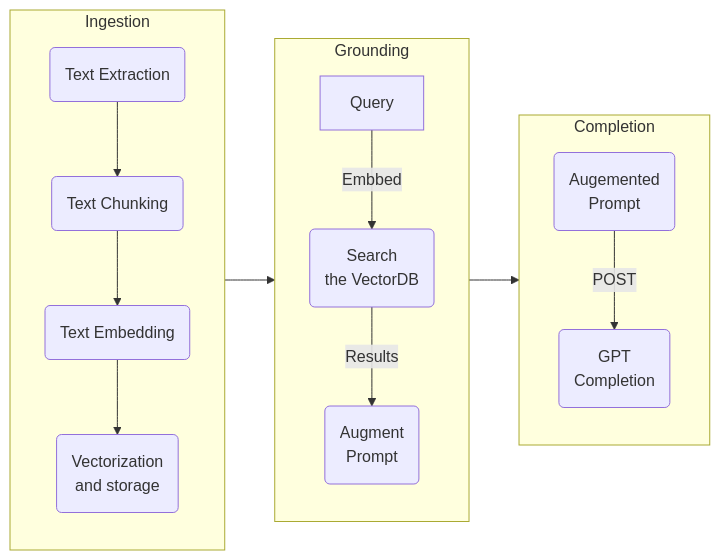
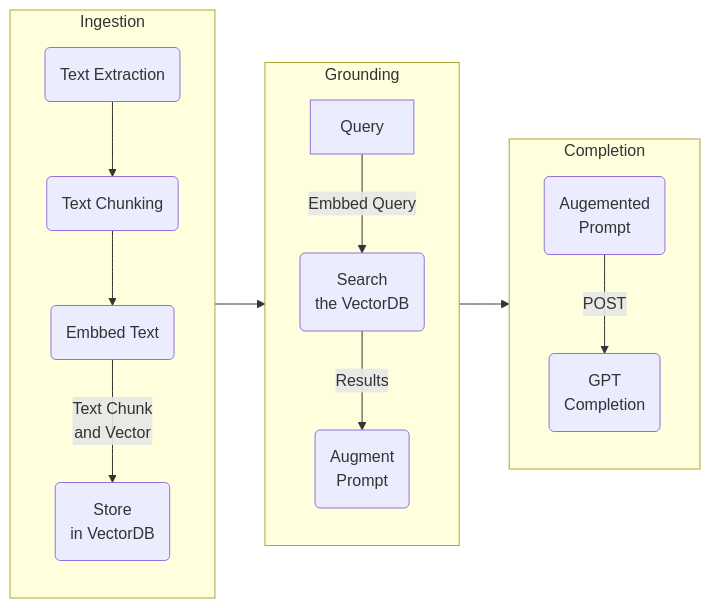
Before and after one commit to msalemor/sk-rag-pattern: the second of 2 diagrams in README.md, drawn with Mermaid.

````diff
--- a/README.md
+++ b/README.md
@@ -39,15 +39,15 @@
 ```mermaid
 graph LR;
   subgraph Ingestion
-    A(Text Extraction)-->B(Text Chunking)-->C(Text Embedding)-->D(Vectorization<br/>and storage)
+    A(Text Extraction)-->B(Text Chunking)-->E(Embbed Text)--Text Chunk<br/>and Vector-->D(Store<br/>in VectorDB)
   end;
   subgraph Grounding
-    Query--Embbed-->Search
+    Query--Embbed Query-->Search
     Search(Search<br/>the VectorDB)--Results-->Promt(Augment<br/>Prompt)
   end;
   Ingestion-->Grounding
   subgraph Completion
     AP(Augemented<br/>Prompt)--POST-->SCO(GPT<br/>Completion)
   end;
   Grounding-->Completion
 ```
````
